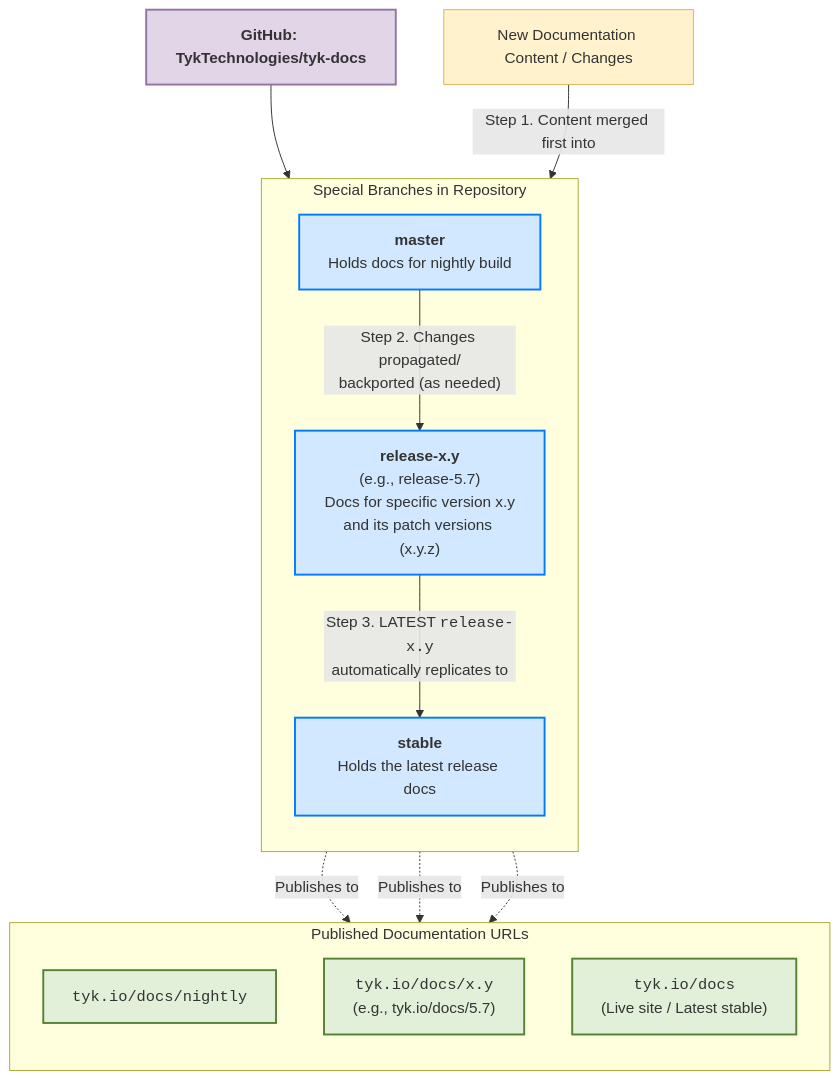
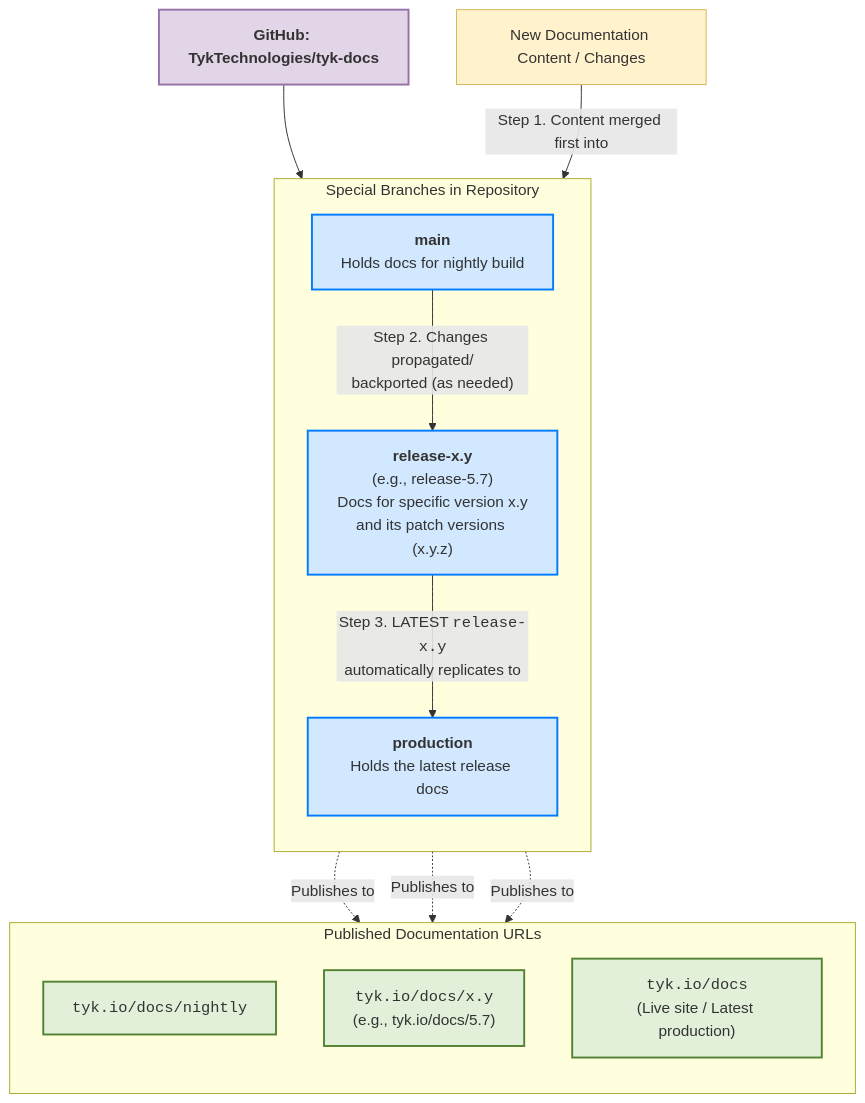
One commit to TykTechnologies/tyk-docs-hugo changed the diagram in tyk-docs/content/developer-support/release-guide.md. Above: the diagram before and after it, drawn with Mermaid. The commit also changed other lines of this file and 7 other files, not shown here.

````diff
--- a/tyk-docs/content/developer-support/release-guide.md
+++ b/tyk-docs/content/developer-support/release-guide.md
@@ -41,39 +51,39 @@
 ```mermaid
 graph TD;
 
     classDef repoStyle fill:#E1D5E7,stroke:#9673A6,stroke-width:2px,font-weight:bold;
     classDef branchStyle fill:#D1E8FF,stroke:#007BFF,stroke-width:2px;
     classDef urlStyle fill:#E2F0D9,stroke:#548235,stroke-width:2px;
     classDef inputStyle fill:#FFF2CC,stroke:#D6B656,stroke-width:1px;
 
     Repo["GitHub: TykTechnologies/tyk-docs"]
     class Repo repoStyle;
 
     NewContent["New Documentation Content / Changes"]
     class NewContent inputStyle;
 
     subgraph SpecialBranches [Special Branches in Repository]
         direction TB
-        master["<strong>master</strong><br/>Holds docs for nightly build"]
+        main["<strong>main</strong><br/>Holds docs for nightly build"]
         release_xy["<strong>release-x.y</strong><br/>(e.g., release-5.7)<br/>Docs for specific version x.y<br/>and its patch versions (x.y.z)"]
-        stable["<strong>stable</strong><br/>Holds the latest release docs"]
+        production["<strong>production</strong><br/>Holds the latest release docs"]
     end
-    class master,release_xy,stable branchStyle;
+    class main,release_xy,production branchStyle;
 
     subgraph PublishedURLs [Published Documentation URLs]
         direction TB
         url_nightly["<code>tyk.io/docs/nightly</code>"]
         url_version["<code>tyk.io/docs/x.y</code><br/>(e.g., tyk.io/docs/5.7)"]
-        url_stable["<code>tyk.io/docs</code><br/>(Live site / Latest stable)"]
+        url_production["<code>tyk.io/docs</code><br/>(Live site / Latest production)"]
     end
-    class url_nightly,url_version,url_stable urlStyle;
+    class url_nightly,url_version,url_production urlStyle;
 
-    Repo --> master;
-    NewContent -- "Step 1. Content merged first into" --> master;
-    master -- "Step 2. Changes propagated/<br/>backported (as needed)" --> release_xy;
-    release_xy -- "Step 3. LATEST <code>release-x.y</code><br/>automatically replicates to" --> stable;
+    Repo --> main;
+    NewContent -- "Step 1. Content merged first into" --> main;
+    main -- "Step 2. Changes propagated/<br/>backported (as needed)" --> release_xy;
+    release_xy -- "Step 3. LATEST <code>release-x.y</code><br/>automatically replicates to" --> production;
 
-    master -. "Publishes to" .-> url_nightly;
+    main -. "Publishes to" .-> url_nightly;
     release_xy -. "Publishes to" .-> url_version;
-    stable -. "Publishes to" .-> url_stable;
+    production -. "Publishes to" .-> url_production;
 ```
````
